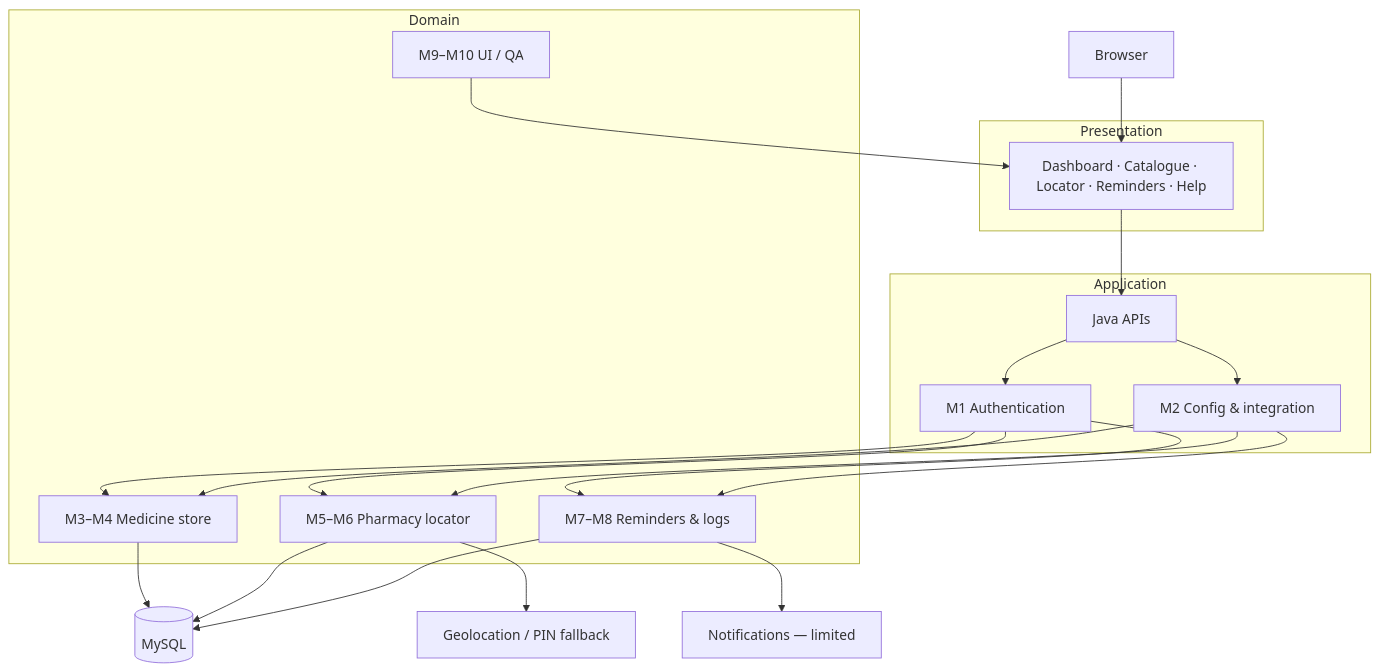
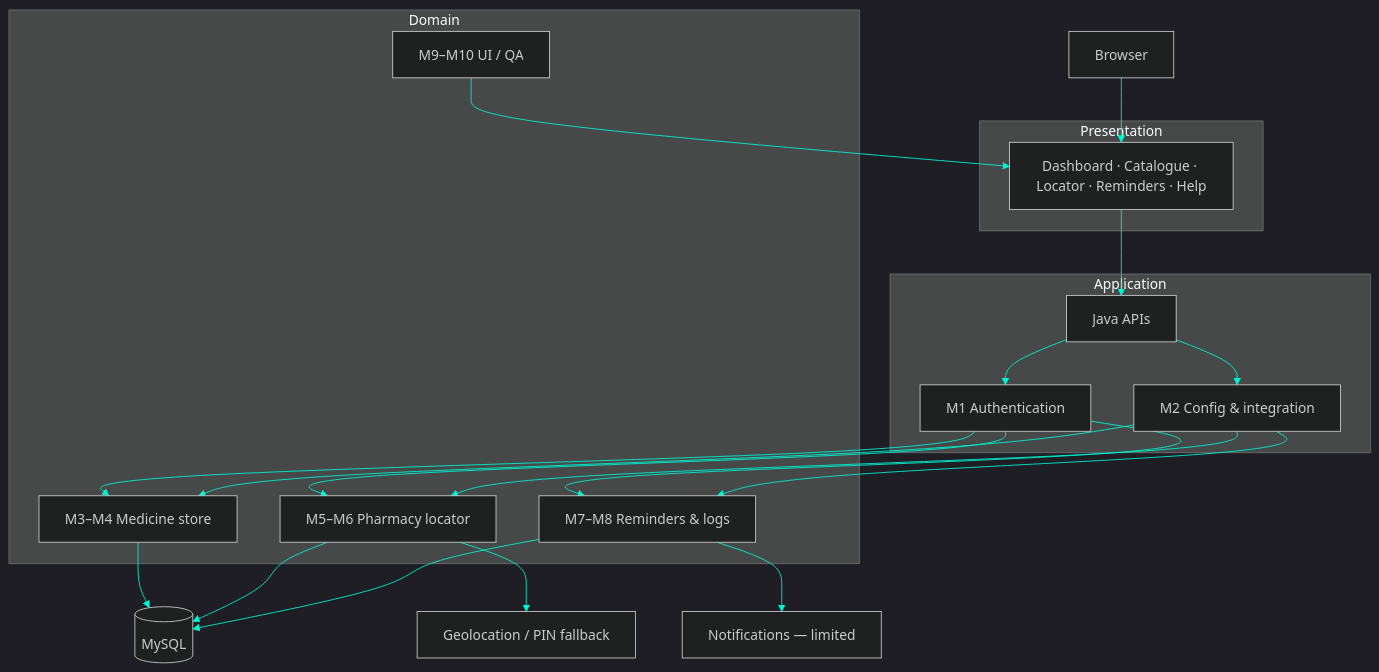
Before and after one commit to ratnsharma21/MediFinder: the second of 5 diagrams in README.md, drawn with Mermaid. The commit also changed other lines of this file, not shown here.

````diff
--- a/README.md
+++ b/README.md
@@ -290,41 +300,42 @@
 ```mermaid
+%%{init: {'theme':'dark','themeVariables': {'primaryColor':'#0f766e','primaryTextColor':'#ccfbf1','lineColor':'#00f5d4','secondaryColor':'#1e1b4b','tertiaryColor':'#020617'}}}%%
 flowchart TB
   U["Browser"]
 
   subgraph P["Presentation"]
     UI["Dashboard · Catalogue · Locator · Reminders · Help"]
   end
 
   subgraph A["Application"]
     API["Java APIs"]
     AUTH["M1 Authentication"]
     CFG["M2 Config & integration"]
   end
 
   subgraph B["Domain"]
     CAT["M3–M4 Medicine store"]
     LOC["M5–M6 Pharmacy locator"]
     REM["M7–M8 Reminders & logs"]
     SHELL["M9–M10 UI / QA"]
   end
 
   DB[("MySQL")]
   GEO["Geolocation / PIN fallback"]
   NTF["Notifications — limited"]
 
   U --> UI --> API
   API --> AUTH
   API --> CFG
   AUTH --> CAT
   AUTH --> LOC
   AUTH --> REM
   CFG --> CAT
   CFG --> LOC
   CFG --> REM
   CAT --> DB
   LOC --> DB
   REM --> DB
   LOC --> GEO
   REM --> NTF
   SHELL --> UI
 ```
````
